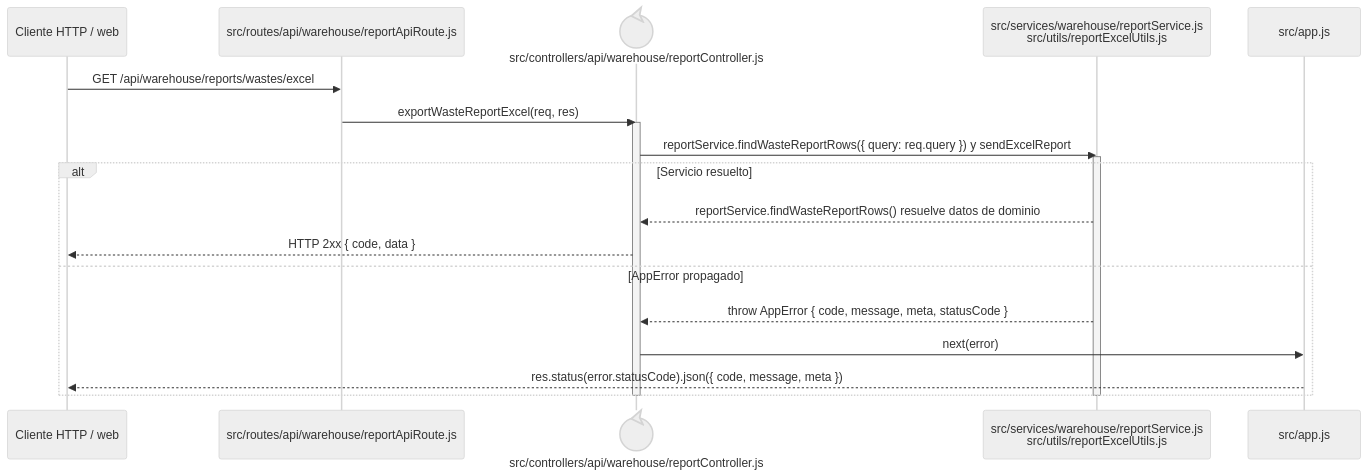
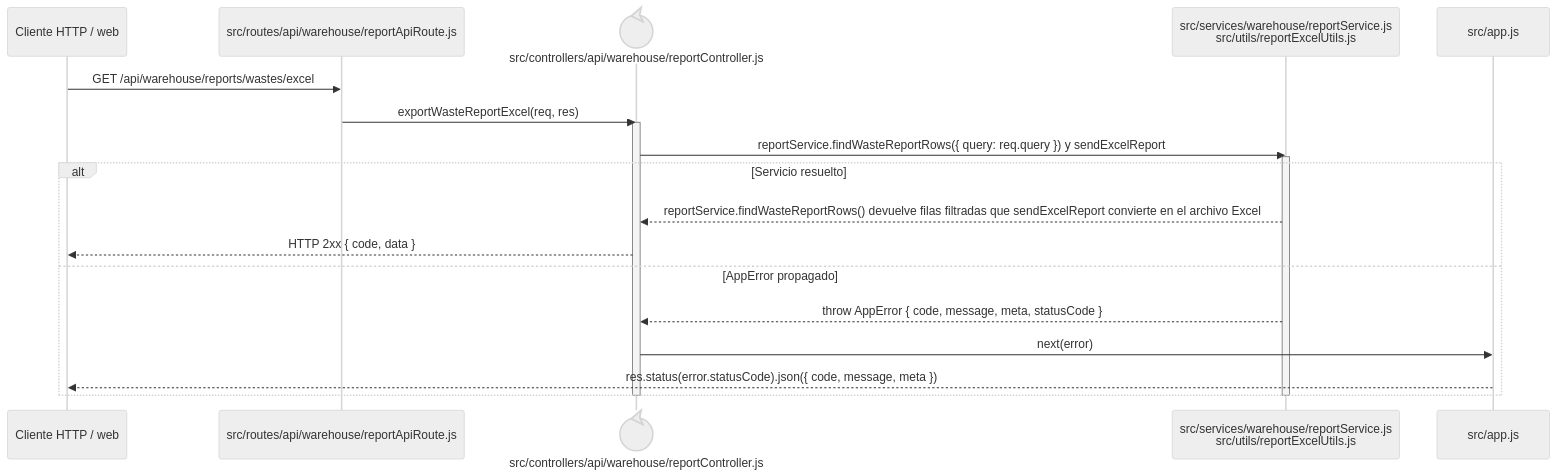
The diagram in docs/architecture/backend-code-sequences/catalogs/cu-alm-13.md (gpgsistemas01/nexus), drawn with Mermaid (neutral theme) before and after one commit. The commit also changed 102 other files, not shown here.

````diff
--- a/docs/architecture/backend-code-sequences/catalogs/cu-alm-13.md
+++ b/docs/architecture/backend-code-sequences/catalogs/cu-alm-13.md
@@ -6,24 +6,24 @@
 ```mermaid
 sequenceDiagram
     participant Client as Cliente HTTP / web
     participant Route as src/routes/api/warehouse/reportApiRoute.js
     participant Controller@{ "type": "control" } as src/controllers/api/warehouse/reportController.js
     participant Domain as src/services/warehouse/reportService.js<br/>src/utils/reportExcelUtils.js
     participant ErrorHandler as src/app.js
 
     Client->>Route: GET /api/warehouse/reports/wastes/excel
     Route->>Controller: exportWasteReportExcel(req, res)
     activate Controller
     Controller->>Domain: reportService.findWasteReportRows({ query: req.query }) y sendExcelReport
     activate Domain
     alt Servicio resuelto
-        Domain-->>Controller: reportService.findWasteReportRows() resuelve datos de dominio
+        Domain-->>Controller: reportService.findWasteReportRows() devuelve filas filtradas que sendExcelReport convierte en el archivo Excel
         Controller-->>Client: HTTP 2xx { code, data }
     else AppError propagado
         Domain-->>Controller: throw AppError { code, message, meta, statusCode }
         Controller->>ErrorHandler: next(error)
         ErrorHandler-->>Client: res.status(error.statusCode).json({ code, message, meta })
     end
     deactivate Domain
     deactivate Controller
 ```
````
